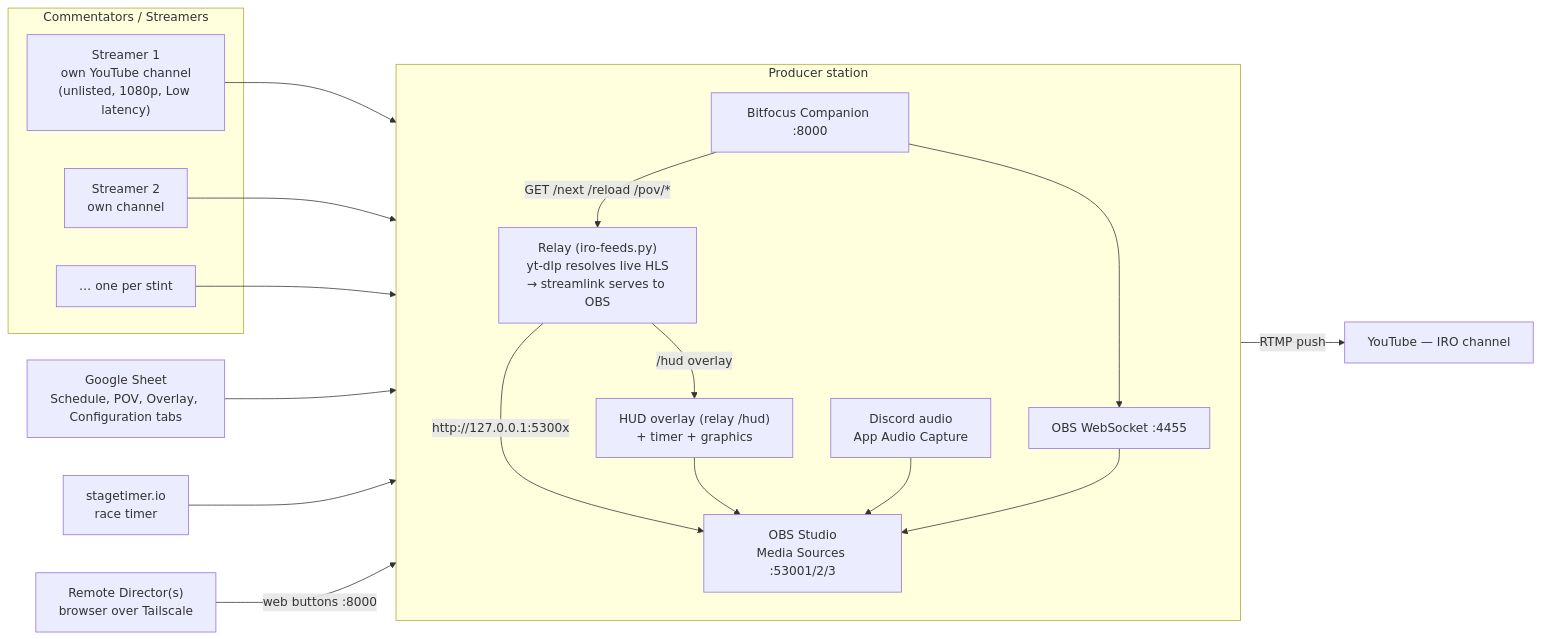
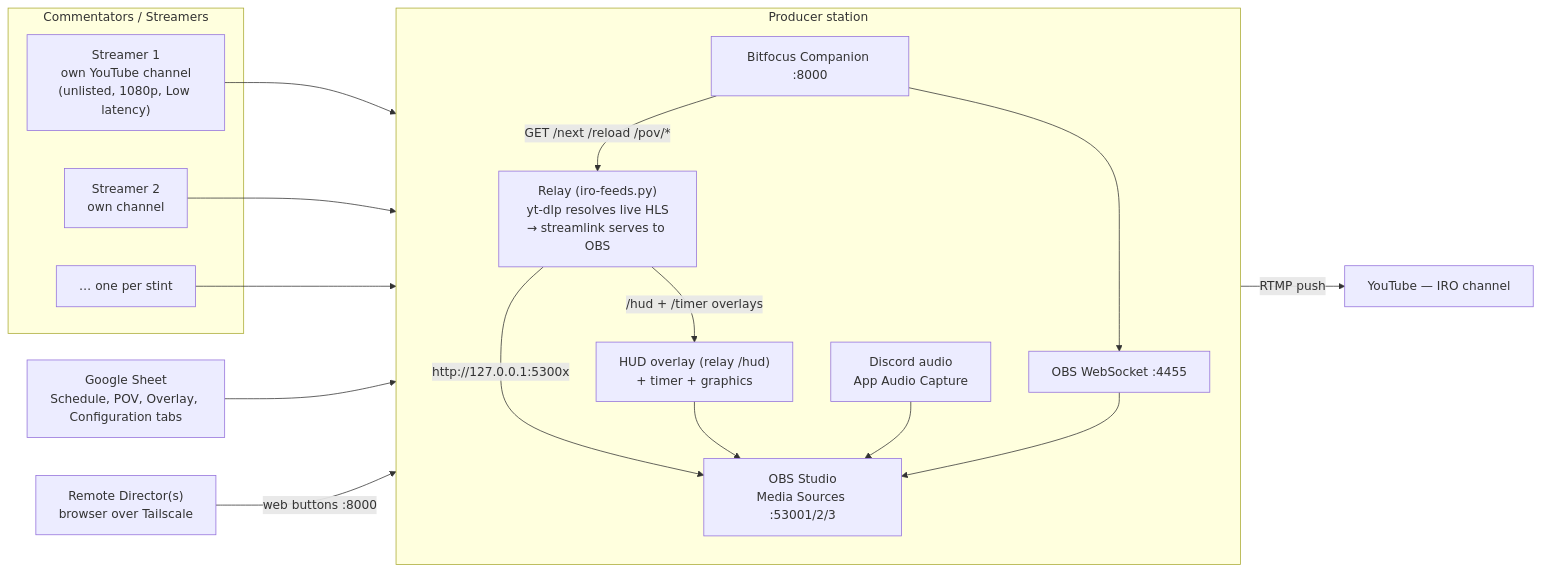
Before and after one commit to jegr78/gt-endurance-racing-broadcast: the first of 4 diagrams in src/docs/wiki/Architecture.md, drawn with Mermaid. The commit also changed other lines of this file and 25 other files, not shown here.

First line of the commit message:
feat(timer): relay-hosted race timer replaces stagetimer (director-controlled, handover-safe)

````diff
--- a/src/docs/wiki/Architecture.md
+++ b/src/docs/wiki/Architecture.md
@@ -28,37 +28,35 @@
 ```mermaid
 flowchart LR
   subgraph Streamers["Commentators / Streamers"]
     S1["Streamer 1<br/>own YouTube channel<br/>(unlisted, 1080p, Low latency)"]
     S2["Streamer 2<br/>own channel"]
     Sn["… one per stint"]
   end
 
   subgraph Producer["Producer station"]
     direction TB
     RELAY["Relay (iro-feeds.py)<br/>yt-dlp resolves live HLS<br/>→ streamlink serves to OBS"]
     OBS["OBS Studio<br/>Media Sources :53001/2/3"]
     HUD["HUD overlay (relay /hud)<br/>+ timer + graphics"]
     DISC["Discord audio<br/>App Audio Capture"]
     WS["OBS WebSocket :4455"]
     COMP["Bitfocus Companion :8000"]
   end
 
   SHEET["Google Sheet<br/>Schedule, POV, Overlay, Configuration tabs"]
-  TIMER["stagetimer.io<br/>race timer"]
   YT["YouTube — IRO channel"]
   DIR["Remote Director(s)<br/>browser over Tailscale"]
 
   S1 --> RELAY
   S2 --> RELAY
   Sn --> RELAY
   RELAY -->|"http://127.0.0.1:5300x"| OBS
   SHEET --> RELAY
-  RELAY -->|"/hud overlay"| HUD
-  TIMER --> HUD
+  RELAY -->|"/hud + /timer overlays"| HUD
   HUD --> OBS
   DISC --> OBS
   OBS -->|RTMP push| YT
   COMP --> WS --> OBS
   COMP -->|"GET /next /reload /pov/*"| RELAY
   DIR -->|"web buttons :8000"| COMP
 ```
````
